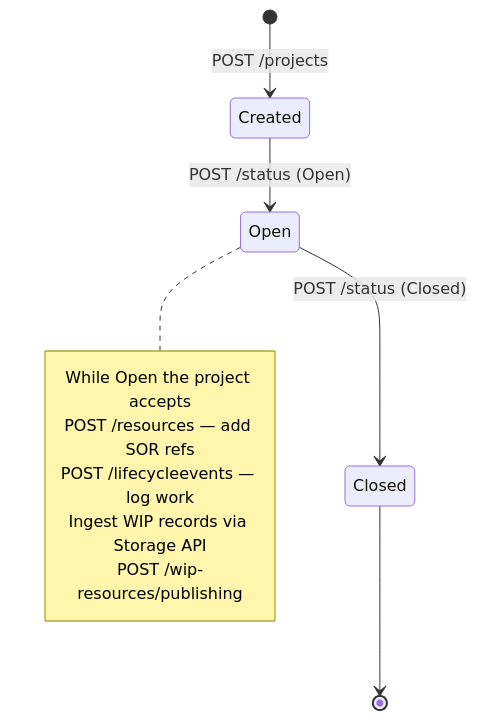
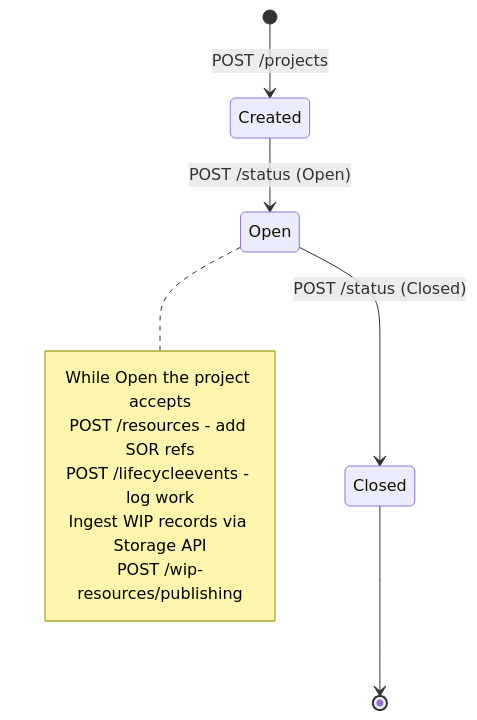
One commit to marcusapel/ores changed the third of 6 diagrams in md/PWS.md. Above: the diagram before and after it, drawn with Mermaid. The commit also changed other lines of this file and 36 other files, not shown here.

````diff
--- a/md/PWS.md
+++ b/md/PWS.md
@@ -160,15 +142,15 @@
 ```mermaid
 stateDiagram-v2
     [*] --> Created : POST /projects
     Created --> Open : POST /status (Open)
     Open --> Closed : POST /status (Closed)
     Closed --> [*]
 
     note right of Open
         While Open the project accepts
-        POST /resources — add SOR refs
-        POST /lifecycleevents — log work
+        POST /resources - add SOR refs
+        POST /lifecycleevents - log work
         Ingest WIP records via Storage API
         POST /wip-resources/publishing
     end note
 ```
````
